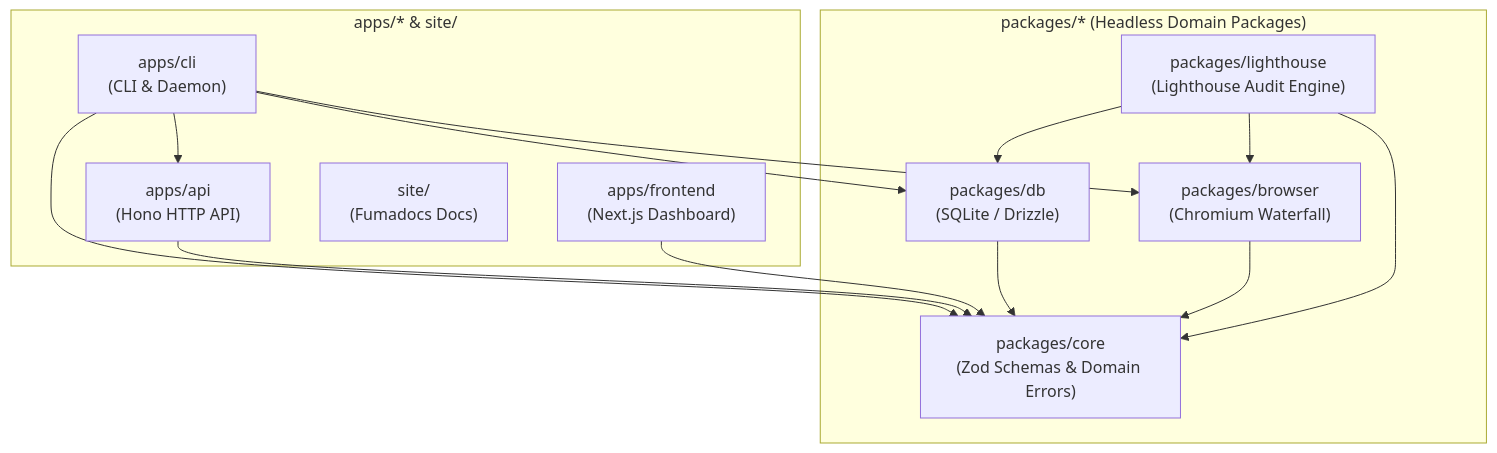
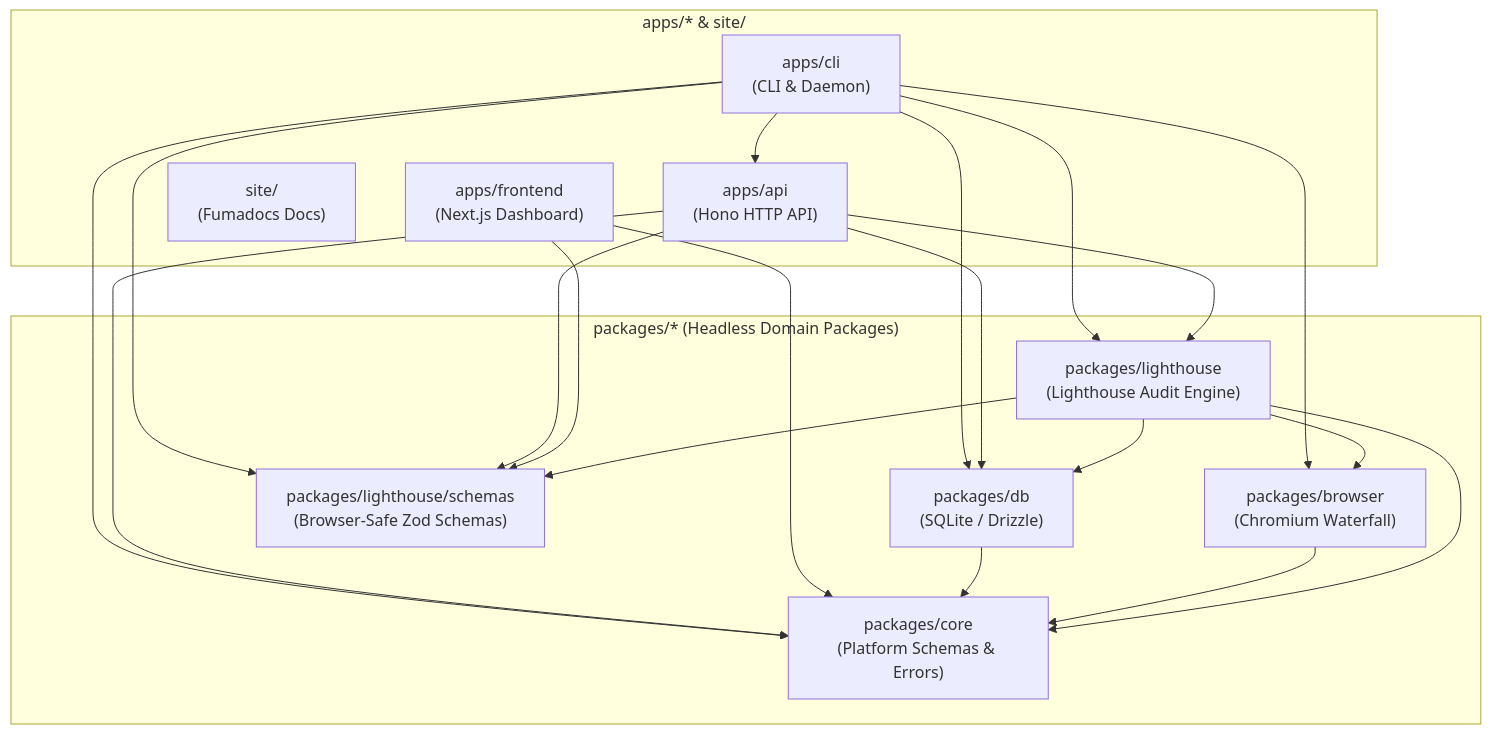
One commit to ahmedhanye/devtools changed the diagram in docs/architecture/monorepo-and-cli.md. Above: the diagram before and after it, drawn with Mermaid. The commit also changed other lines of this file and 17 other files, not shown here.

Commit message:
docs: document lighthouse daemon api, shutdown, and architecture (#131)

````diff
--- a/docs/architecture/monorepo-and-cli.md
+++ b/docs/architecture/monorepo-and-cli.md
@@ -29,28 +29,36 @@
 ```mermaid
 graph TD
   subgraph Applications ["apps/* & site/"]
     CLI["apps/cli<br/>(CLI & Daemon)"]
     API["apps/api<br/>(Hono HTTP API)"]
     Frontend["apps/frontend<br/>(Next.js Dashboard)"]
     Site["site/<br/>(Fumadocs Docs)"]
   end
 
   subgraph Packages ["packages/* (Headless Domain Packages)"]
     Browser["packages/browser<br/>(Chromium Waterfall)"]
     DB["packages/db<br/>(SQLite / Drizzle)"]
-    Core["packages/core<br/>(Zod Schemas & Domain Errors)"]
+    Core["packages/core<br/>(Platform Schemas & Errors)"]
+    LighthouseSchemas["packages/lighthouse/schemas<br/>(Browser-Safe Zod Schemas)"]
     Lighthouse["packages/lighthouse<br/>(Lighthouse Audit Engine)"]
   end
 
   CLI --> API
   CLI --> Core
   CLI --> DB
   CLI --> Browser
+  CLI --> Lighthouse
+  CLI --> LighthouseSchemas
   API --> Core
+  API --> DB
+  API --> Lighthouse
+  API --> LighthouseSchemas
   Frontend --> Core
+  Frontend --> LighthouseSchemas
   DB --> Core
   Browser --> Core
   Lighthouse --> Core
   Lighthouse --> DB
   Lighthouse --> Browser
+  Lighthouse --> LighthouseSchemas
 ```
````
